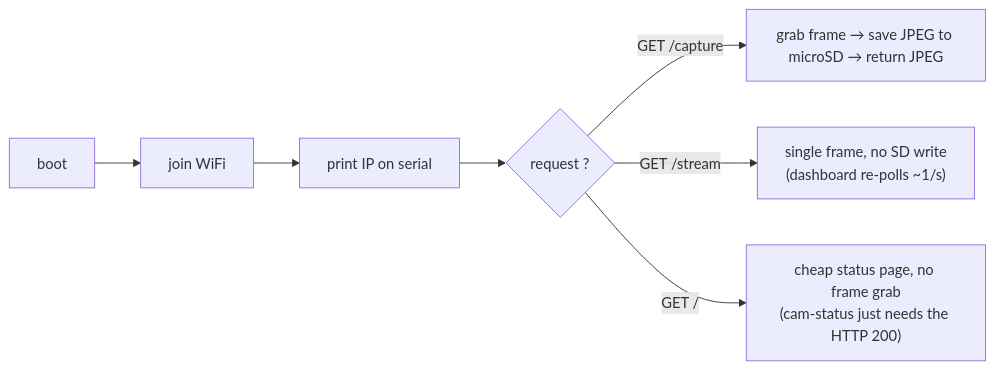
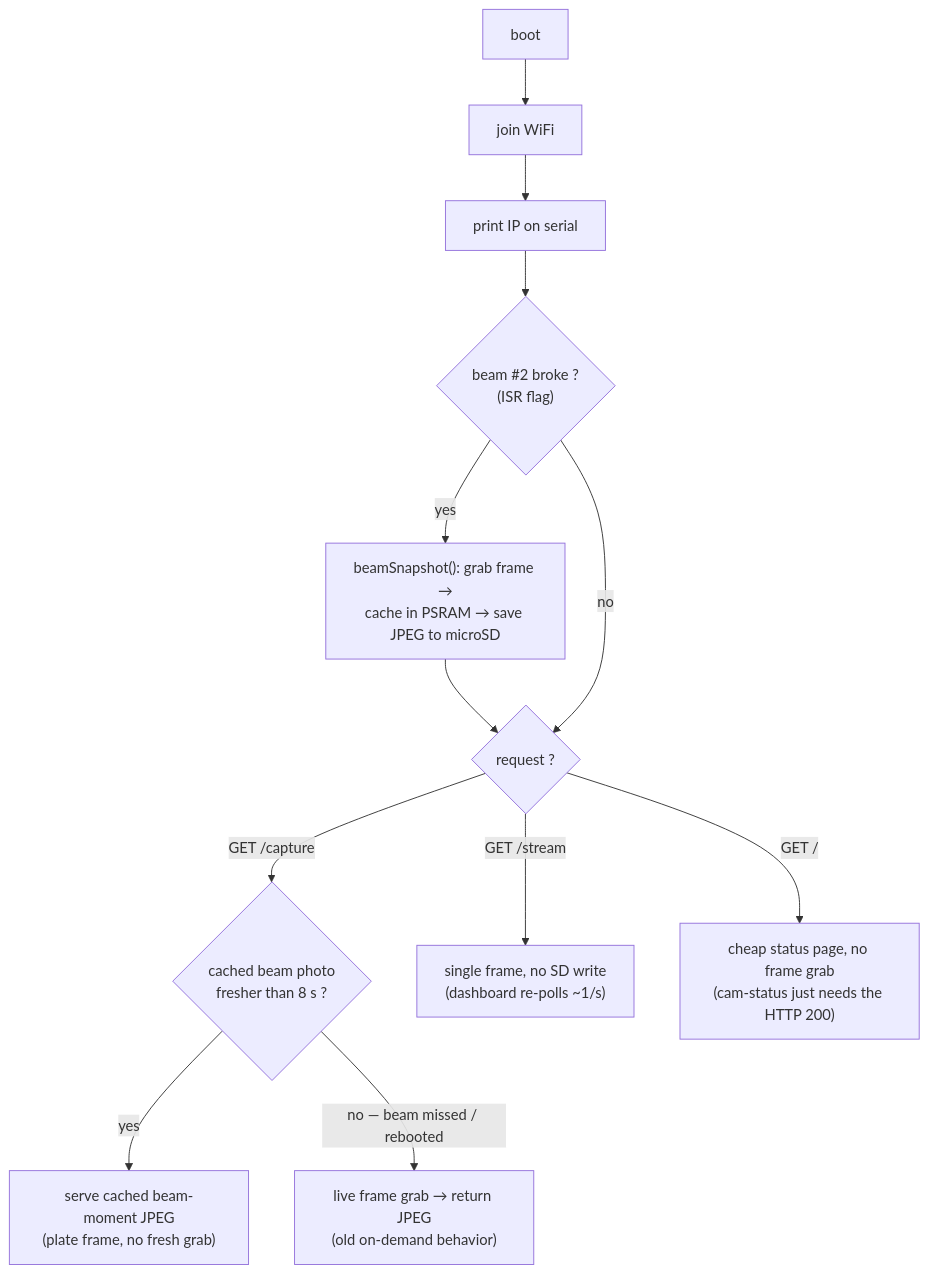
Before and after one commit to qppd/safeway: the second of 4 diagrams in docs/FLOWCHART.md, drawn with Mermaid. The commit also changed other lines of this file and 11 other files, not shown here.

````diff
--- a/docs/FLOWCHART.md
+++ b/docs/FLOWCHART.md
@@ -61,9 +63,14 @@
 ```mermaid
-flowchart LR
+flowchart TB
     BOOT["boot"] --> WIFJ["join WiFi"]
     WIFJ --> PRINT["print IP on serial"]
-    PRINT --> SERVE{"request ?"}
-    SERVE -- "GET /capture" --> CAP["grab frame → save JPEG to microSD → return JPEG"]
+    PRINT --> LOOP2{"beam #2 broke ?<br/>(ISR flag)"}
+    LOOP2 -- "yes" --> SNAP["beamSnapshot(): grab frame →<br/>cache in PSRAM → save JPEG to microSD"]
+    SNAP --> SERVE
+    LOOP2 -- "no" --> SERVE{"request ?"}
+    SERVE -- "GET /capture" --> CAP{"cached beam photo<br/>fresher than 8 s ?"}
+    CAP -- "yes" --> CACHED["serve cached beam-moment JPEG<br/>(plate frame, no fresh grab)"]
+    CAP -- "no — beam missed / rebooted" --> LIVE["live frame grab → return JPEG<br/>(old on-demand behavior)"]
     SERVE -- "GET /stream" --> STR["single frame, no SD write<br/>(dashboard re-polls ~1/s)"]
     SERVE -- "GET /" --> STAT["cheap status page, no frame grab<br/>(cam-status just needs the HTTP 200)"]
 ```
````
